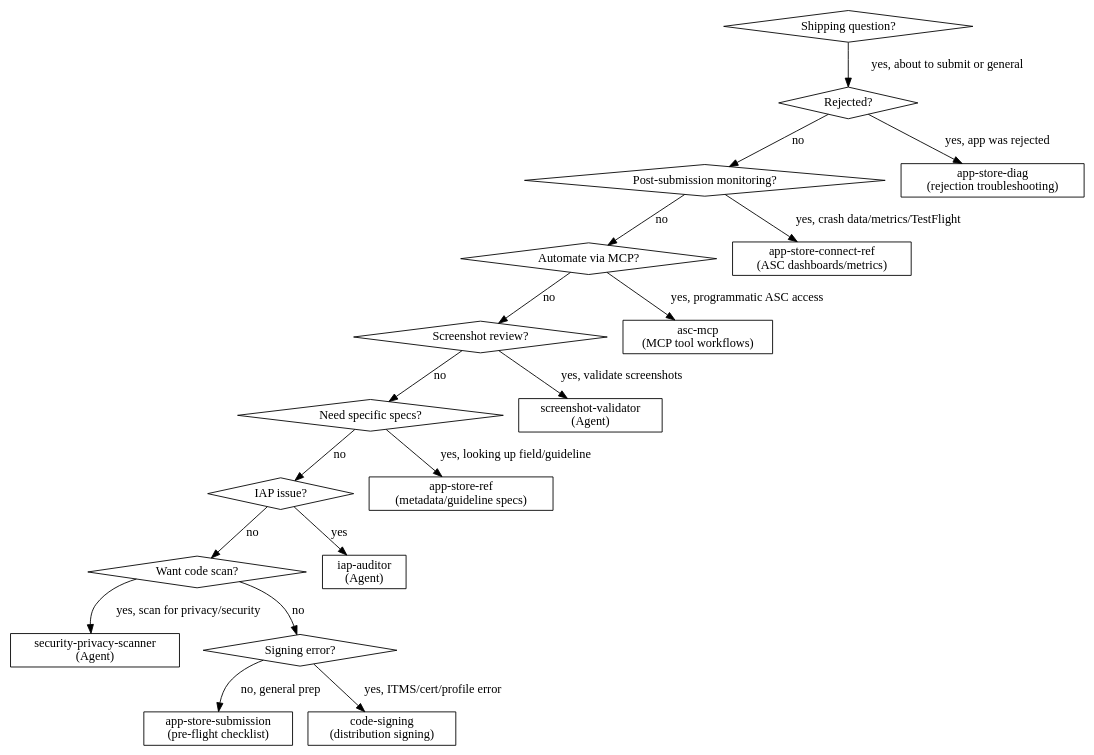
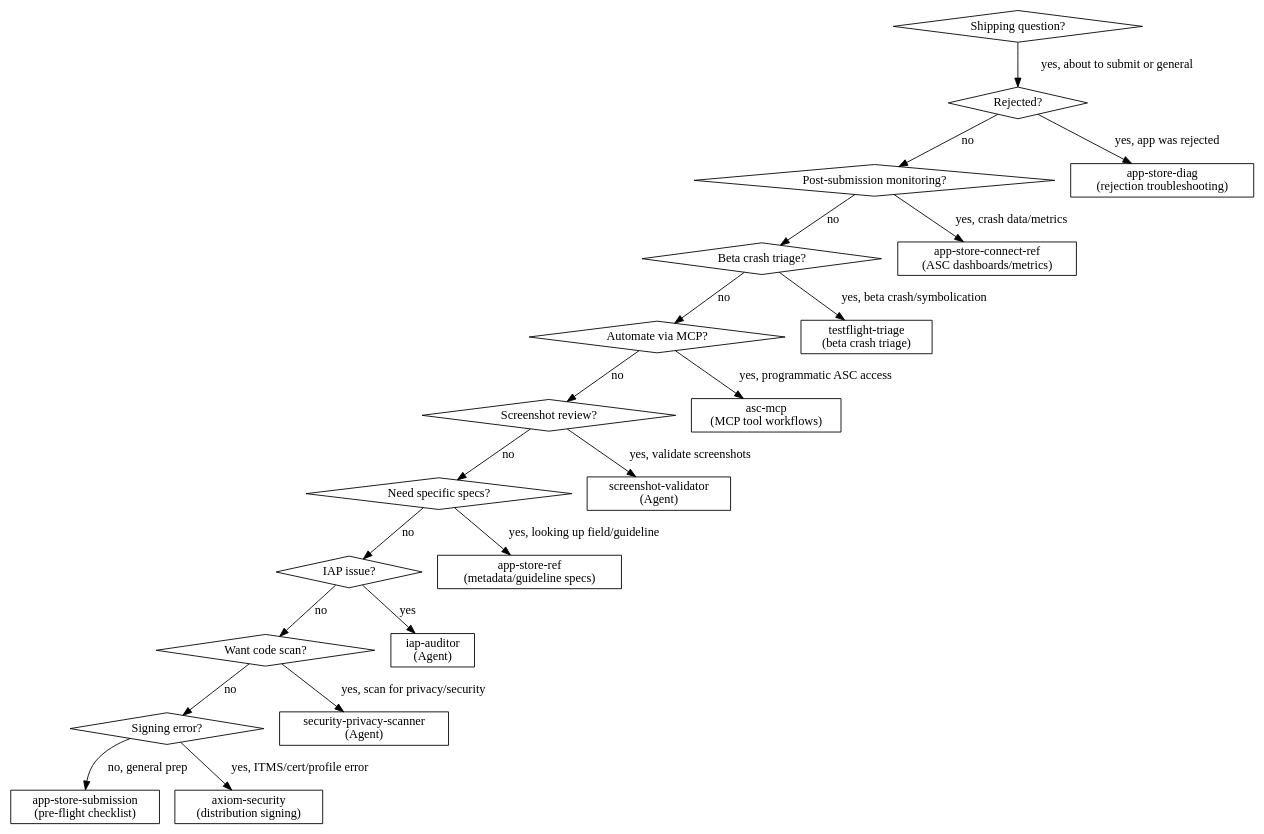
One commit to CharlesWiltgen/Axiom changed the diagram in .claude-plugin/plugins/axiom/skills/axiom-shipping/SKILL.md. Above: the diagram before and after it, drawn with Graphviz. The commit also changed other lines of this file and 112 other files, not shown here.

````diff
--- a/.claude-plugin/plugins/axiom/skills/axiom-shipping/SKILL.md
+++ b/.claude-plugin/plugins/axiom/skills/axiom-shipping/SKILL.md
@@ -182,41 +229,45 @@
 ```dot
 digraph shipping {
     "Shipping question?" [shape=diamond];
     "Rejected?" [shape=diamond];
     "Post-submission monitoring?" [shape=diamond];
+    "Beta crash triage?" [shape=diamond];
     "Automate via MCP?" [shape=diamond];
     "Screenshot review?" [shape=diamond];
     "Need specific specs?" [shape=diamond];
     "IAP issue?" [shape=diamond];
     "Want code scan?" [shape=diamond];
+    "Signing error?" [shape=diamond];
 
-    "app-store-submission" [shape=box, label="app-store-submission\n(pre-flight checklist)"];
-    "app-store-ref" [shape=box, label="app-store-ref\n(metadata/guideline specs)"];
-    "app-store-diag" [shape=box, label="app-store-diag\n(rejection troubleshooting)"];
-    "app-store-connect-ref" [shape=box, label="app-store-connect-ref\n(ASC dashboards/metrics)"];
+    "references/app-store-submission.md" [shape=box, label="app-store-submission\n(pre-flight checklist)"];
+    "references/app-store-ref.md" [shape=box, label="app-store-ref\n(metadata/guideline specs)"];
+    "references/app-store-diag.md" [shape=box, label="app-store-diag\n(rejection troubleshooting)"];
+    "references/app-store-connect-ref.md" [shape=box, label="app-store-connect-ref\n(ASC dashboards/metrics)"];
+    "references/testflight-triage.md" [shape=box, label="testflight-triage\n(beta crash triage)"];
     "security-privacy-scanner" [shape=box, label="security-privacy-scanner\n(Agent)"];
     "iap-auditor" [shape=box, label="iap-auditor\n(Agent)"];
     "screenshot-validator" [shape=box, label="screenshot-validator\n(Agent)"];
-    "asc-mcp" [shape=box, label="asc-mcp\n(MCP tool workflows)"];
-    "code-signing" [shape=box, label="code-signing\n(distribution signing)"];
-    "Signing error?" [shape=diamond];
+    "references/asc-mcp.md" [shape=box, label="asc-mcp\n(MCP tool workflows)"];
+    "axiom-security/code-signing" [shape=box, label="axiom-security\n(distribution signing)"];
 
     "Shipping question?" -> "Rejected?" [label="yes, about to submit or general"];
-    "Rejected?" -> "app-store-diag" [label="yes, app was rejected"];
+    "Rejected?" -> "references/app-store-diag.md" [label="yes, app was rejected"];
     "Rejected?" -> "Post-submission monitoring?" [label="no"];
-    "Post-submission monitoring?" -> "app-store-connect-ref" [label="yes, crash data/metrics/TestFlight"];
-    "Post-submission monitoring?" -> "Automate via MCP?" [label="no"];
-    "Automate via MCP?" -> "asc-mcp" [label="yes, programmatic ASC access"];
+    "Post-submission monitoring?" -> "references/app-store-connect-ref.md" [label="yes, crash data/metrics"];
+    "Post-submission monitoring?" -> "Beta crash triage?" [label="no"];
+    "Beta crash triage?" -> "references/testflight-triage.md" [label="yes, beta crash/symbolication"];
+    "Beta crash triage?" -> "Automate via MCP?" [label="no"];
+    "Automate via MCP?" -> "references/asc-mcp.md" [label="yes, programmatic ASC access"];
     "Automate via MCP?" -> "Screenshot review?" [label="no"];
     "Screenshot review?" -> "screenshot-validator" [label="yes, validate screenshots"];
     "Screenshot review?" -> "Need specific specs?" [label="no"];
-    "Need specific specs?" -> "app-store-ref" [label="yes, looking up field/guideline"];
+    "Need specific specs?" -> "references/app-store-ref.md" [label="yes, looking up field/guideline"];
     "Need specific specs?" -> "IAP issue?" [label="no"];
     "IAP issue?" -> "iap-auditor" [label="yes"];
     "IAP issue?" -> "Want code scan?" [label="no"];
     "Want code scan?" -> "Signing error?" [label="no"];
     "Want code scan?" -> "security-privacy-scanner" [label="yes, scan for privacy/security"];
-    "Signing error?" -> "code-signing" [label="yes, ITMS/cert/profile error"];
-    "Signing error?" -> "app-store-submission" [label="no, general prep"];
+    "Signing error?" -> "axiom-security/code-signing" [label="yes, ITMS/cert/profile error"];
+    "Signing error?" -> "references/app-store-submission.md" [label="no, general prep"];
 }
 ```
````
